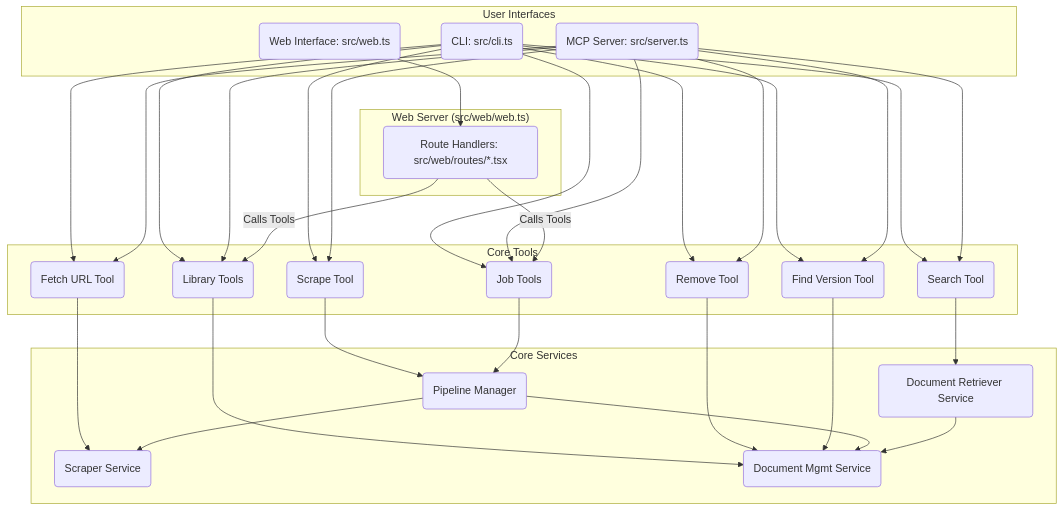
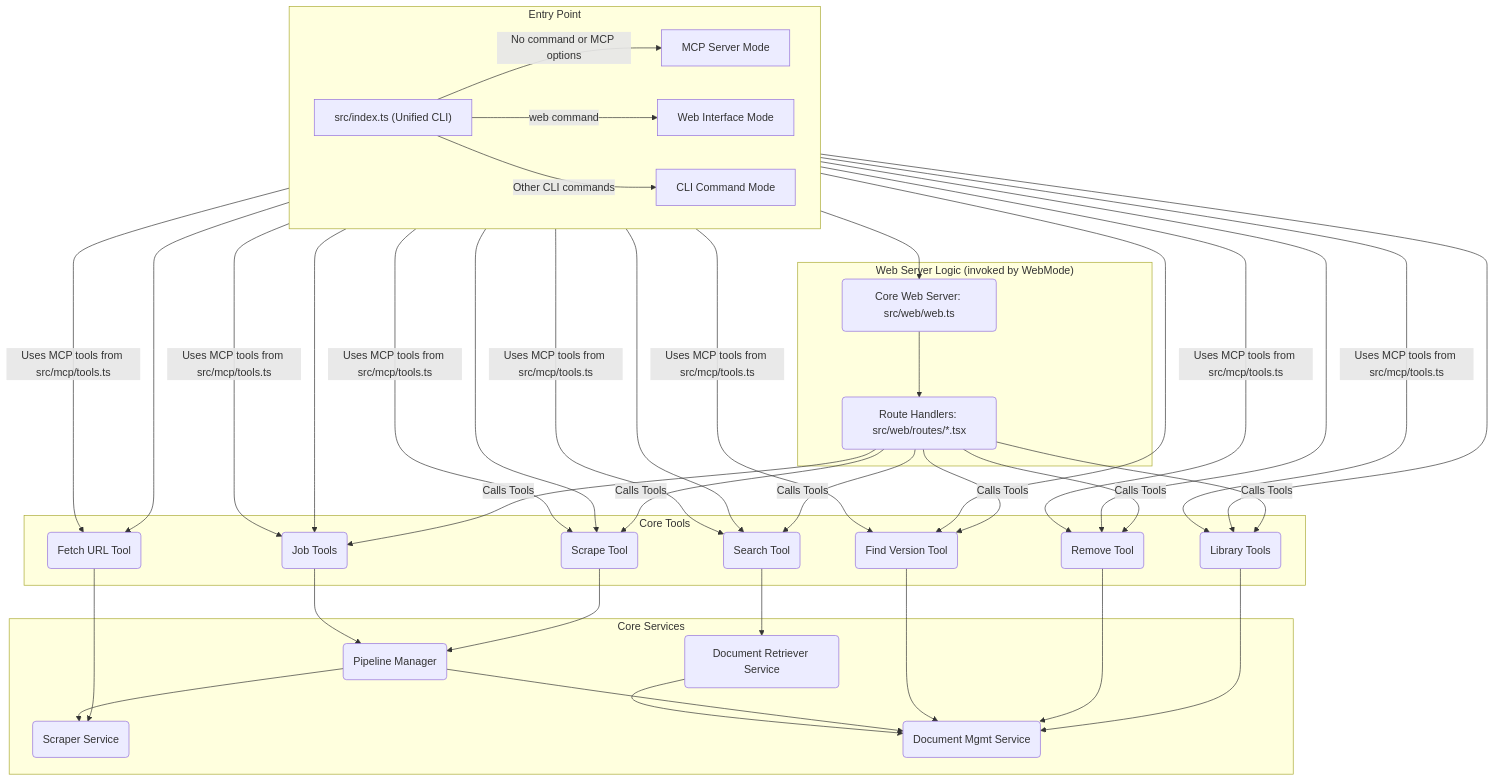
Before and after one commit to theshadow27/docs-mcp-server: the fifth of 5 diagrams in ARCHITECTURE.md, drawn with Mermaid. The commit also changed other lines of this file and 38 other files, not shown here.

````diff
--- a/ARCHITECTURE.md
+++ b/ARCHITECTURE.md
@@ -324,47 +323,51 @@
 ```mermaid
 graph TD
-    subgraph "User Interfaces"
-        CLI("CLI: src/cli.ts")
-        MCP("MCP Server: src/server.ts")
-        WEB("Web Interface: src/web.ts")
+    subgraph "Entry Point"
+        direction LR
+        EntryPoint["src/index.ts (Unified CLI)"]
+        EntryPoint -- "No command or MCP options" --> McpMode["MCP Server Mode"]
+        EntryPoint -- "web command" --> WebMode["Web Interface Mode"]
+        EntryPoint -- "Other CLI commands" --> CliCommandMode["CLI Command Mode"]
     end
 
     subgraph "Core Tools"
         T_Scrape("Scrape Tool")
         T_Search("Search Tool")
         T_Jobs("Job Tools")
         T_Libs("Library Tools")
         T_Remove("Remove Tool")
         T_Fetch("Fetch URL Tool")
         T_Find("Find Version Tool")
     end
 
     subgraph "Core Services"
-        Pipeline("Pipeline Manager")
-        Scraper("Scraper Service")
-        Store("Document Mgmt Service")
-        Retriever("Document Retriever Service")
+        PipelineSvc("Pipeline Manager")
+        ScraperSvc("Scraper Service")
+        StoreSvc("Document Mgmt Service")
+        RetrieverSvc("Document Retriever Service")
     end
 
-    CLI --> T_Scrape & T_Search & T_Jobs & T_Libs & T_Remove & T_Fetch & T_Find
-    MCP --> T_Scrape & T_Search & T_Jobs & T_Libs & T_Remove & T_Fetch & T_Find
+    CliCommandMode --> T_Scrape & T_Search & T_Jobs & T_Libs & T_Remove & T_Fetch & T_Find
+    McpMode -- "Uses MCP tools from src/mcp/tools.ts" --> T_Scrape & T_Search & T_Jobs & T_Libs & T_Remove & T_Fetch & T_Find
 
-    subgraph "Web Server (src/web/web.ts)"
-        Routes("Route Handlers: src/web/routes/*.tsx")
+    subgraph "Web Server Logic (invoked by WebMode)"
+        WebCore("Core Web Server: src/web/web.ts")
+        WebRoutes("Route Handlers: src/web/routes/*.tsx")
     end
 
-    WEB --> Routes
-    Routes -- "Calls Tools" --> T_Jobs & T_Libs
+    WebMode --> WebCore
+    WebCore --> WebRoutes
+    WebRoutes -- "Calls Tools" --> T_Jobs & T_Libs & T_Scrape & T_Search & T_Remove & T_Find
 
-    T_Scrape --> Pipeline
-    T_Jobs --> Pipeline
-    T_Libs --> Store
-    T_Search --> Retriever
-    T_Remove --> Store
-    T_Fetch --> Scraper
-    T_Find --> Store
+    T_Scrape --> PipelineSvc
+    T_Jobs --> PipelineSvc
+    T_Libs --> StoreSvc
+    T_Search --> RetrieverSvc
+    T_Remove --> StoreSvc
+    T_Fetch --> ScraperSvc
+    T_Find --> StoreSvc
 
-    Pipeline --> Scraper
-    Pipeline --> Store
-    Retriever --> Store
+    PipelineSvc --> ScraperSvc
+    PipelineSvc --> StoreSvc
+    RetrieverSvc --> StoreSvc
 ```
````
